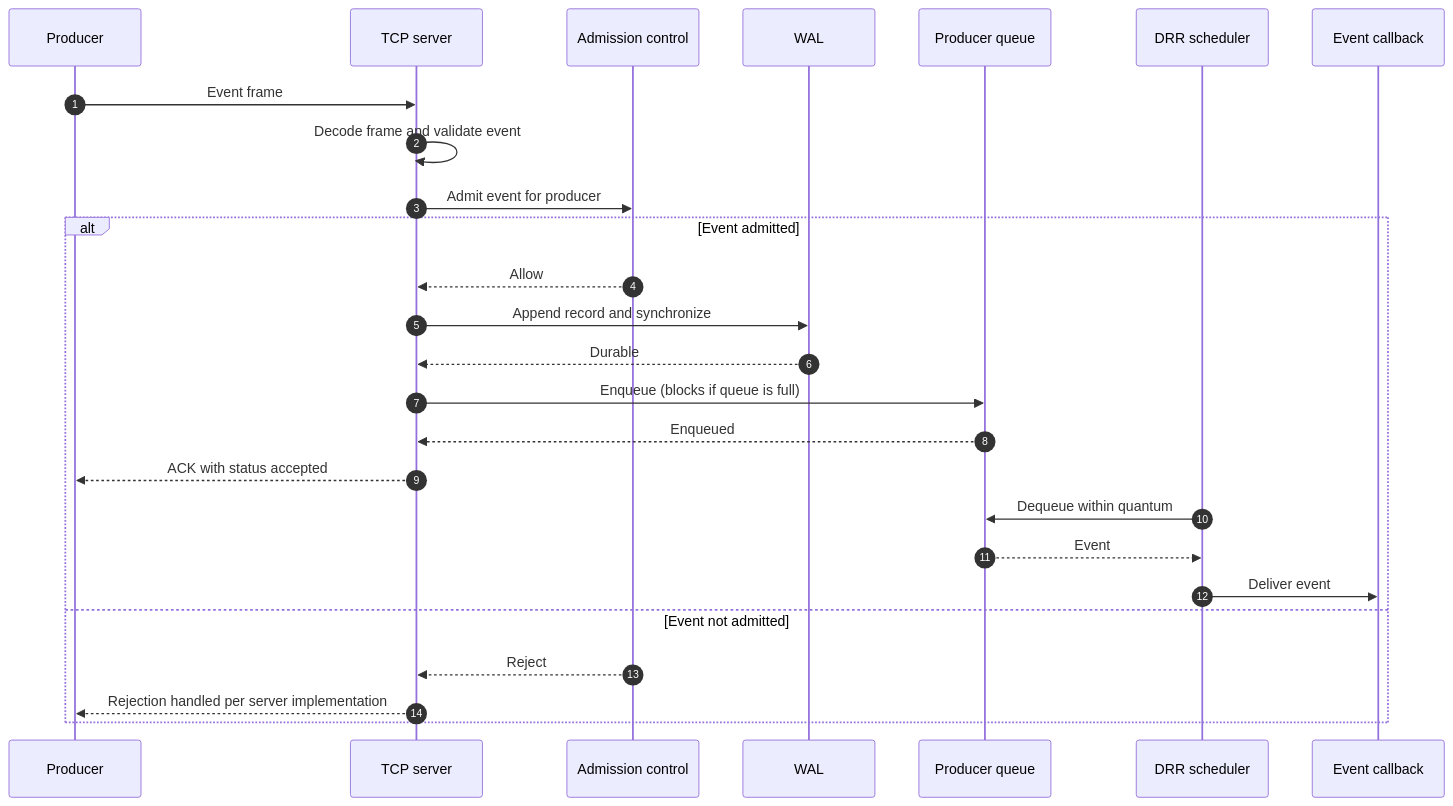
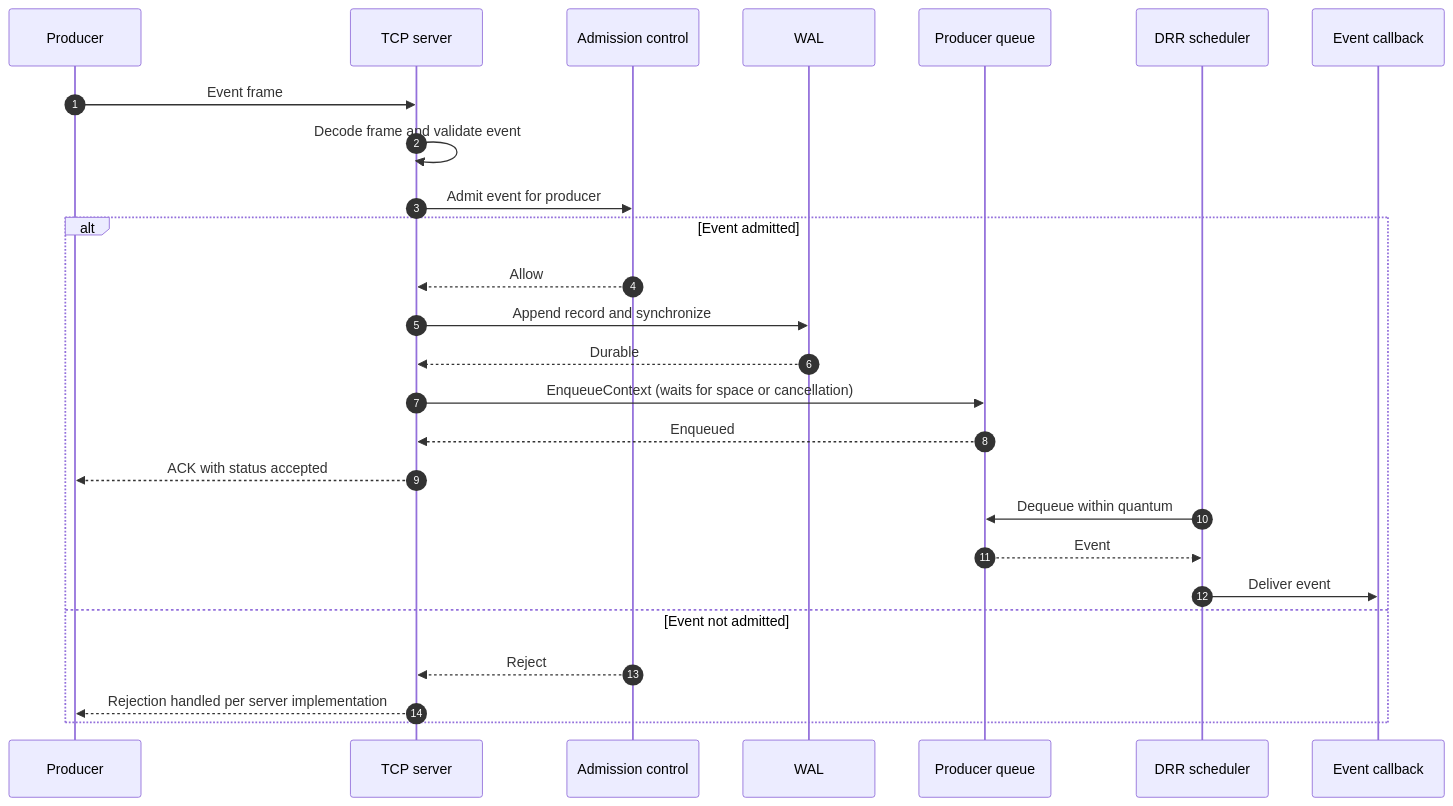
One commit to PratyushVishal11011/Fairgate changed the third of 13 diagrams in README.md. Above: the diagram before and after it, drawn with Mermaid. The commit also changed other lines of this file and 2 other files, not shown here.

Commit message:
feat(server): implement graceful shutdown and context-aware event handling

````diff
--- a/README.md
+++ b/README.md
@@ -139,29 +166,29 @@
 ```mermaid
 sequenceDiagram
     autonumber
     participant P as Producer
     participant S as TCP server
     participant A as Admission control
     participant W as WAL
     participant Q as Producer queue
     participant D as DRR scheduler
     participant C as Event callback
 
     P->>S: Event frame
     S->>S: Decode frame and validate event
     S->>A: Admit event for producer
     alt Event admitted
         A-->>S: Allow
         S->>W: Append record and synchronize
         W-->>S: Durable
-        S->>Q: Enqueue (blocks if queue is full)
+        S->>Q: EnqueueContext (waits for space or cancellation)
         Q-->>S: Enqueued
         S-->>P: ACK with status accepted
         D->>Q: Dequeue within quantum
         Q-->>D: Event
         D->>C: Deliver event
     else Event not admitted
         A-->>S: Reject
         S-->>P: Rejection handled per server implementation
     end
 ```
````
